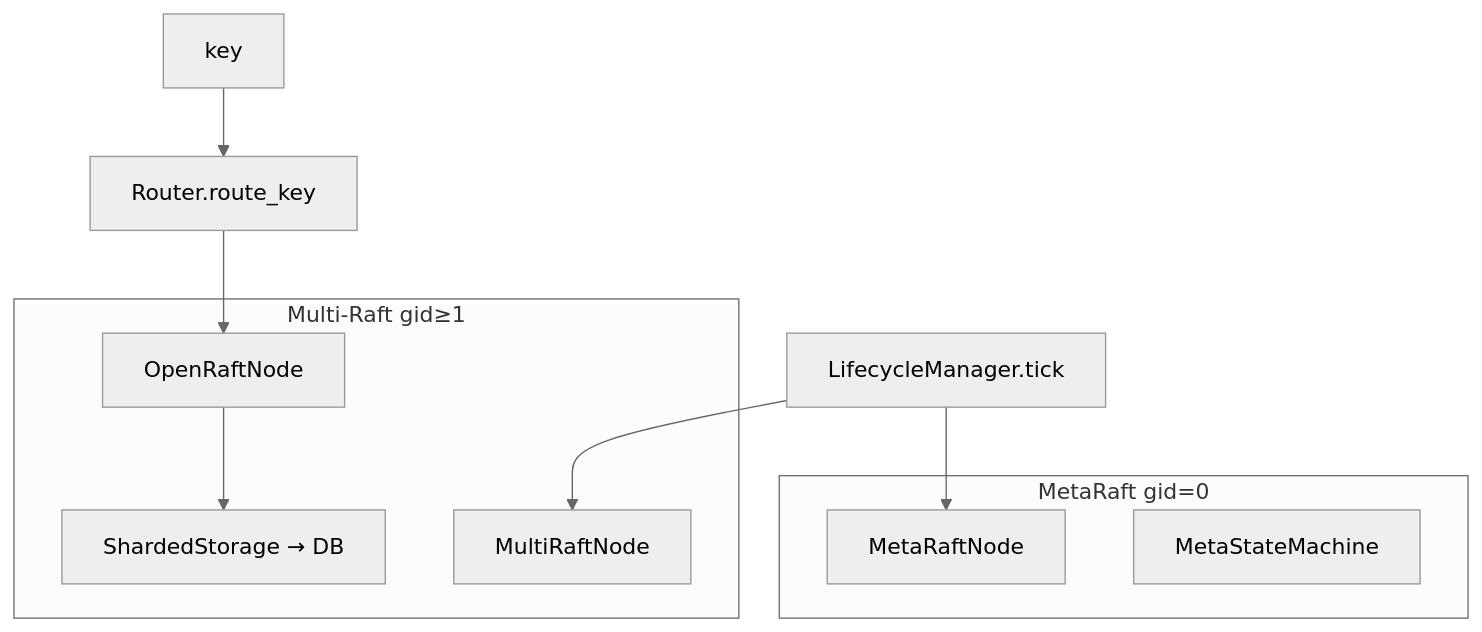
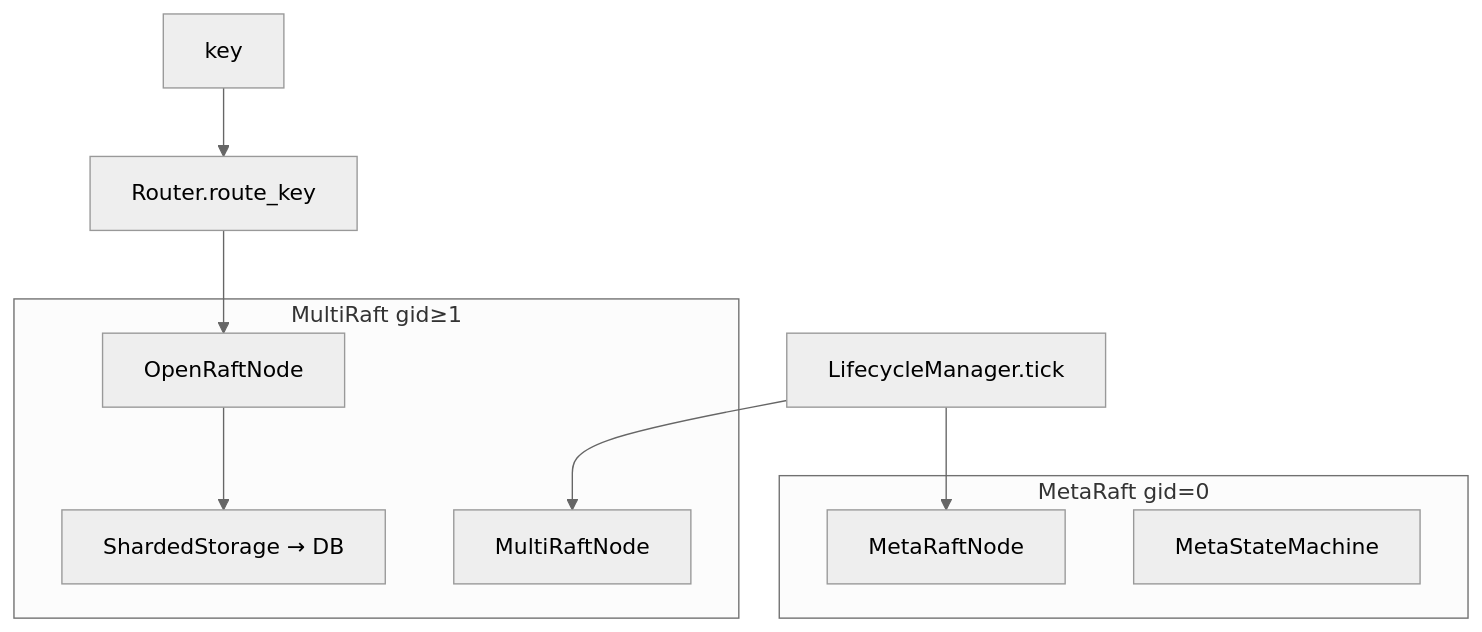
The third of 3 diagrams in ARCHITECTURE.md (Genuineh/AiDb), drawn with Mermaid (neutral theme) before and after one commit. The commit also changed other lines of this file and 11 other files, not shown here.

````diff
--- a/ARCHITECTURE.md
+++ b/ARCHITECTURE.md
@@ -140,17 +140,17 @@
 ```mermaid
 flowchart TB
   subgraph meta [MetaRaft gid=0]
     MR[MetaRaftNode]
     MSM[MetaStateMachine]
   end
-  subgraph data [Multi-Raft gid≥1]
+  subgraph data [MultiRaft gid≥1]
     MRN[MultiRaftNode]
     ORN[OpenRaftNode]
     SS[ShardedStorage → DB]
   end
   LM[LifecycleManager.tick] --> MR
   LM --> MRN
   K[key] --> R[Router.route_key]
   R --> ORN
   ORN --> SS
 ```
````
